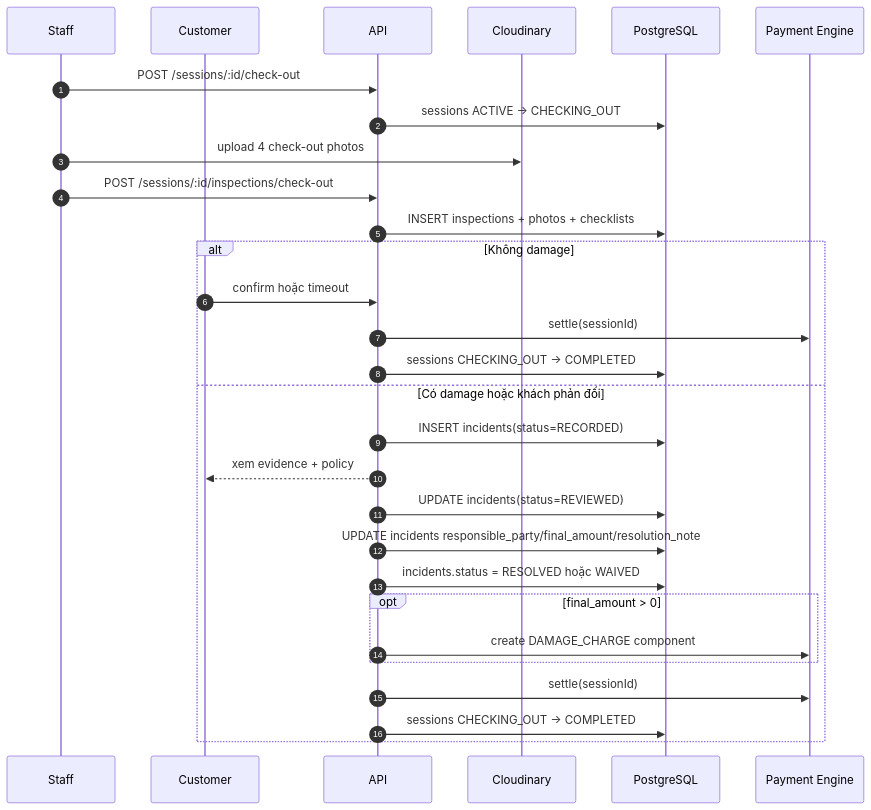
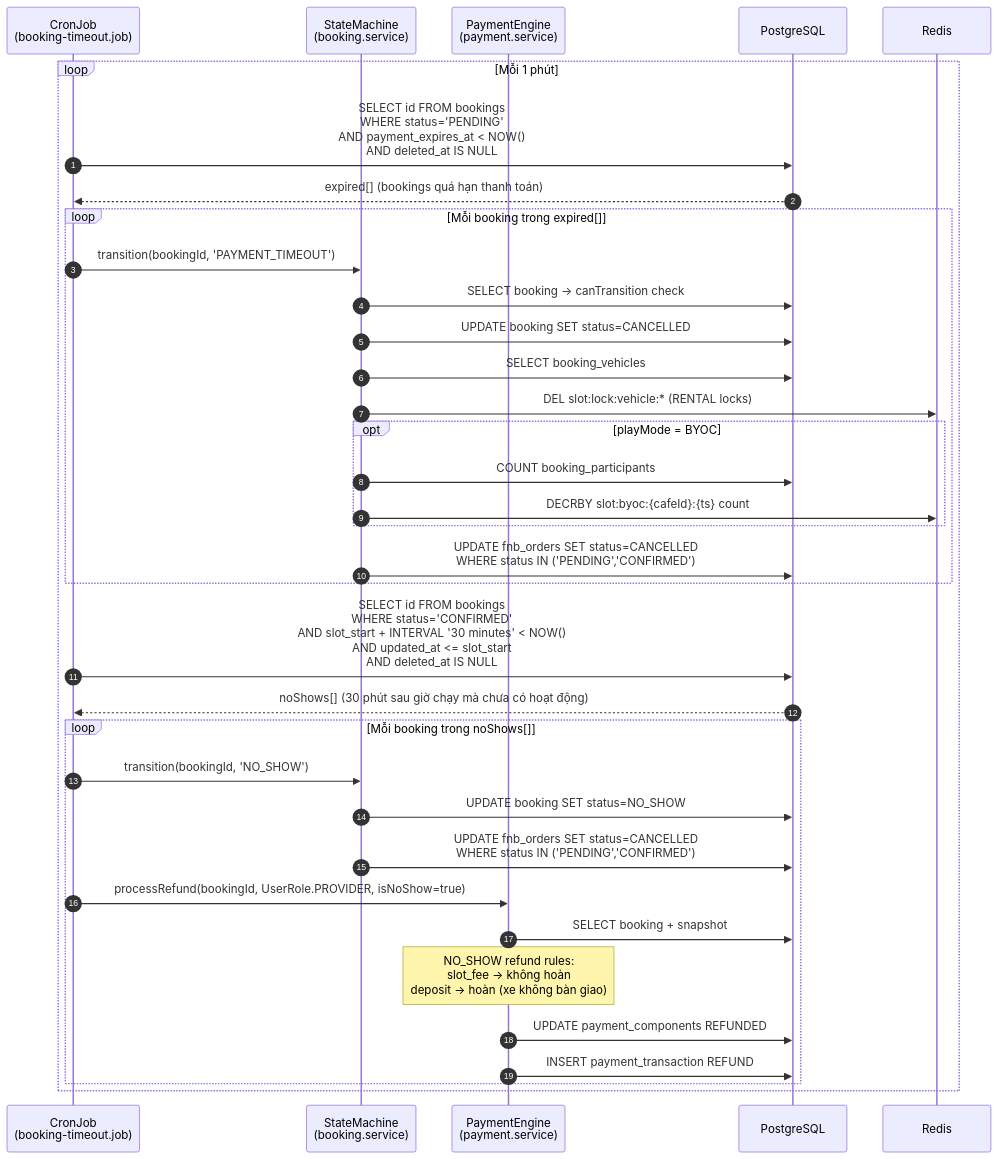
The fifth of 6 diagrams in docs/diagrams/sequence/sequence-flow-booking-lifecycle.md (RCField-SEP490/rcfield-spec), drawn with Mermaid before and after one commit. The commit also changed other lines of this file and 67 other files, not shown here.

````diff
--- a/docs/diagrams/sequence/sequence-flow-booking-lifecycle.md
+++ b/docs/diagrams/sequence/sequence-flow-booking-lifecycle.md
@@ -148,32 +373,44 @@
 ```mermaid
 sequenceDiagram
     autonumber
-    participant S as Staff
-    participant C as Customer
-    participant API as API
-    participant ST as Cloudinary
+    participant CJ as CronJob<br/>(booking-timeout.job)
+    participant SM as StateMachine<br/>(booking.service)
+    participant PE as PaymentEngine<br/>(payment.service)
     participant DB as PostgreSQL
-    participant PE as Payment Engine
+    participant R as Redis
 
-    S->>API: POST /sessions/:id/check-out
-    API->>DB: sessions ACTIVE → CHECKING_OUT
-    S->>ST: upload 4 check-out photos
-    S->>API: POST /sessions/:id/inspections/check-out
-    API->>DB: INSERT inspections + photos + checklists
-    alt Không damage
-        C->>API: confirm hoặc timeout
-        API->>PE: settle(sessionId)
-        API->>DB: sessions CHECKING_OUT → COMPLETED
-    else Có damage hoặc khách phản đối
-        API->>DB: INSERT incidents(status=RECORDED)
-        API-->>C: xem evidence + policy
-        API->>DB: UPDATE incidents(status=REVIEWED)
-        API->>DB: UPDATE incidents responsible_party/final_amount/resolution_note
-        API->>DB: incidents.status = RESOLVED hoặc WAIVED
-        opt final_amount > 0
-            API->>PE: create DAMAGE_CHARGE component
+    loop Mỗi 1 phút
+
+        CJ->>DB: SELECT id FROM bookings<br/>WHERE status='PENDING'<br/>AND payment_expires_at < NOW()<br/>AND deleted_at IS NULL
+        DB-->>CJ: expired[] (bookings quá hạn thanh toán)
+
+        loop Mỗi booking trong expired[]
+            CJ->>SM: transition(bookingId, 'PAYMENT_TIMEOUT')
+            SM->>DB: SELECT booking → canTransition check
+            SM->>DB: UPDATE booking SET status=CANCELLED
+            SM->>DB: SELECT booking_vehicles
+            SM->>R: DEL slot:lock:vehicle:* (RENTAL locks)
+            opt playMode = BYOC
+                SM->>DB: COUNT booking_participants
+                SM->>R: DECRBY slot:byoc:{cafeId}:{ts} count
+            end
+            SM->>DB: UPDATE fnb_orders SET status=CANCELLED<br/>WHERE status IN ('PENDING','CONFIRMED')
         end
-        API->>PE: settle(sessionId)
-        API->>DB: sessions CHECKING_OUT → COMPLETED
+
+        CJ->>DB: SELECT id FROM bookings<br/>WHERE status='CONFIRMED'<br/>AND slot_start + INTERVAL '30 minutes' < NOW()<br/>AND updated_at <= slot_start<br/>AND deleted_at IS NULL
+        DB-->>CJ: noShows[] (30 phút sau giờ chạy mà chưa có hoạt động)
+
+        loop Mỗi booking trong noShows[]
+            CJ->>SM: transition(bookingId, 'NO_SHOW')
+            SM->>DB: UPDATE booking SET status=NO_SHOW
+            SM->>DB: UPDATE fnb_orders SET status=CANCELLED<br/>WHERE status IN ('PENDING','CONFIRMED')
+
+            CJ->>PE: processRefund(bookingId, UserRole.PROVIDER, isNoShow=true)
+            PE->>DB: SELECT booking + snapshot
+            Note over PE: NO_SHOW refund rules:<br/>slot_fee → không hoàn<br/>deposit → hoàn (xe không bàn giao)
+            PE->>DB: UPDATE payment_components REFUNDED
+            PE->>DB: INSERT payment_transaction REFUND
+        end
+
     end
 ```
````
